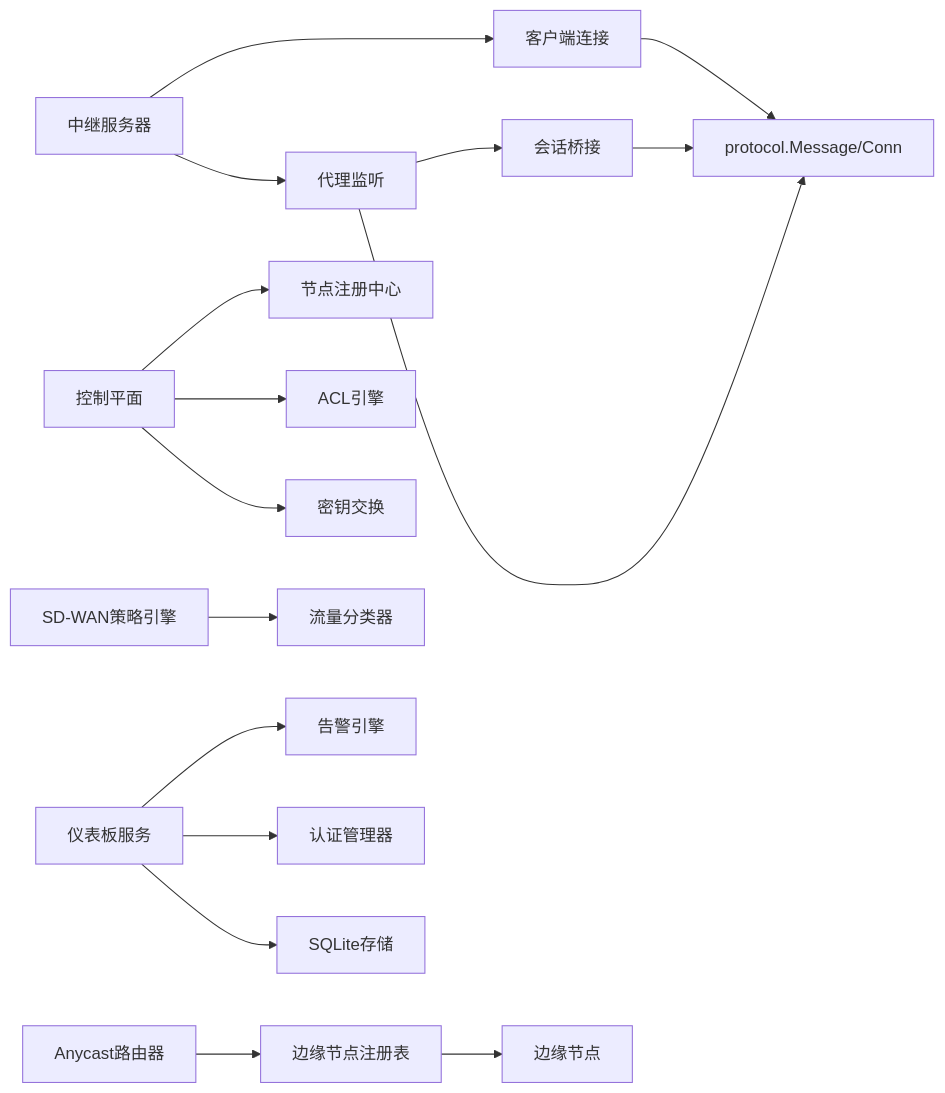
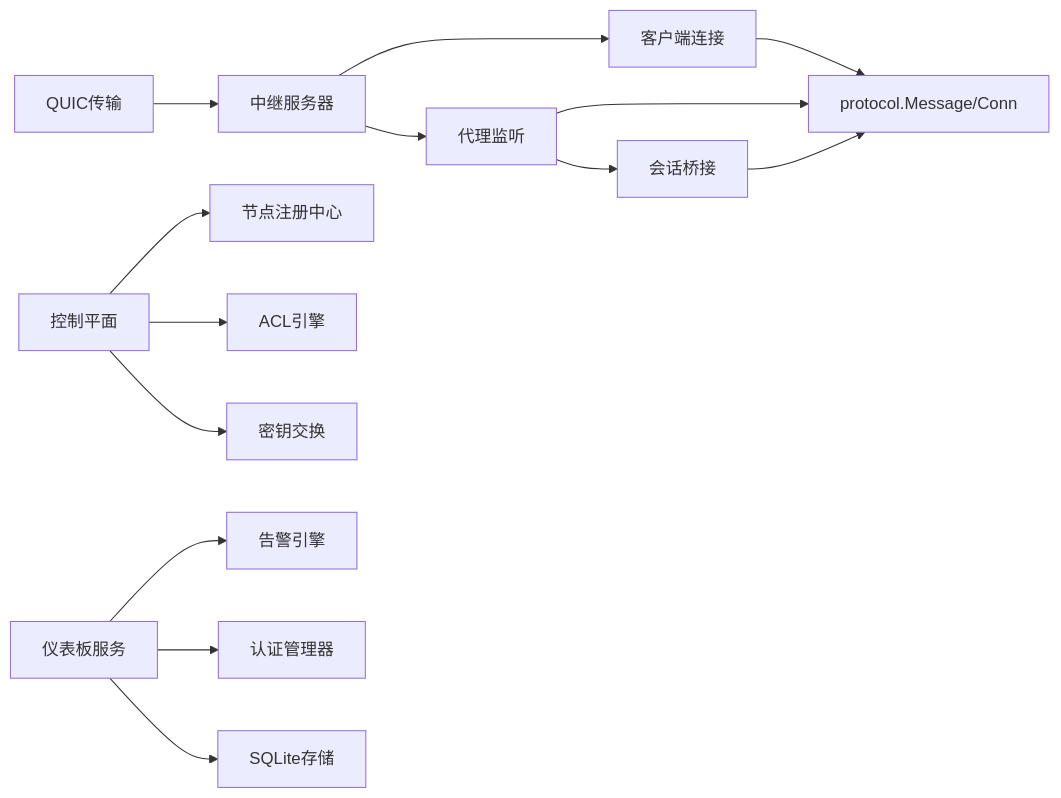
One commit to itsharex/NexTunnel changed the ninth of 9 diagrams in .qoder/repowiki/zh/content/服务端架构/服务端架构.md. Above: the diagram before and after it, drawn with Mermaid. The commit also changed other lines of this file and 38 other files, not shown here.

````diff
--- a/.qoder/repowiki/zh/content/服务端架构/服务端架构.md
+++ b/.qoder/repowiki/zh/content/服务端架构/服务端架构.md
@@ -573,18 +533,16 @@
 ```mermaid
 graph LR
 Server["中继服务器"] --> ClientConn["客户端连接"]
 Server --> Proxy["代理监听"]
 Proxy --> Session["会话桥接"]
 ClientConn --> Proto["protocol.Message/Conn"]
 Proxy --> Proto
 Session --> Proto
 ControlPlane["控制平面"] --> NodeRegistry["节点注册中心"]
 ControlPlane --> ACLEngine["ACL引擎"]
 ControlPlane --> KeyExchange["密钥交换"]
-EdgeRegistry["边缘节点注册表"] --> EdgeNode["边缘节点"]
-SDWANPolicy["SD-WAN策略引擎"] --> Classifier["流量分类器"]
-AnycastRouter["Anycast路由器"] --> EdgeRegistry
 DashboardServer["仪表板服务"] --> AlertEngine["告警引擎"]
 DashboardServer --> AuthManager["认证管理器"]
 DashboardServer --> SQLiteStore["SQLite存储"]
+QUIC["QUIC传输"] --> Server
 ```
````
